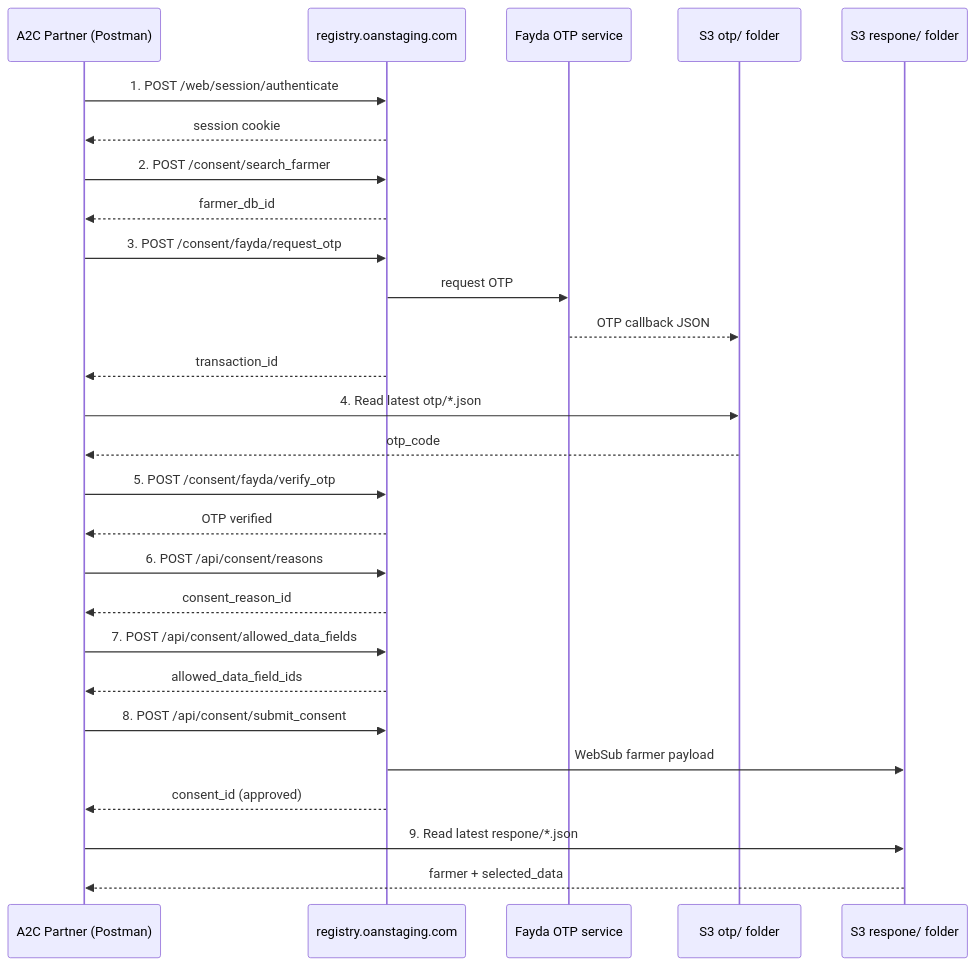
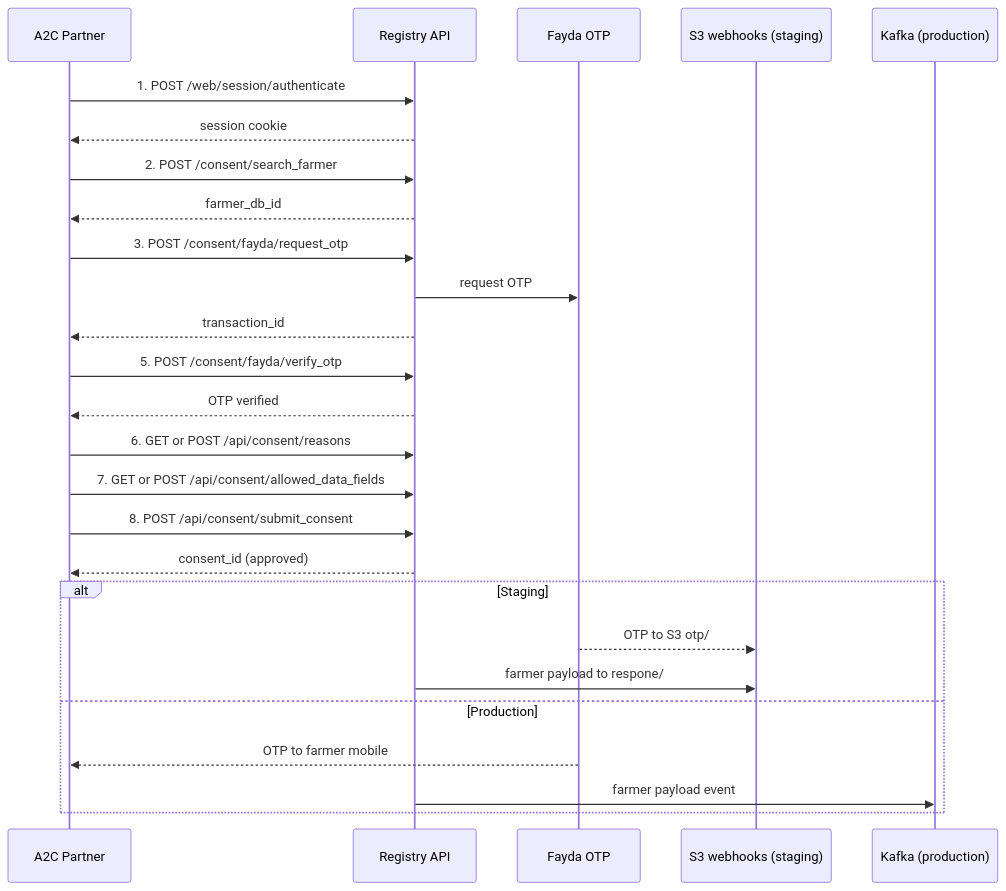
One commit to Centre-for-Open-Societal-Systems/oan_ethiopia_bank_api_docs changed the diagram in consent_management_postman_registry_a2c.md. Above: the diagram before and after it, drawn with Mermaid. The commit also changed other lines of this file and 4 other files, not shown here.

Commit message:
Updated documentation and collection for staging and production ATI.

````diff
--- a/consent_management_postman_registry_a2c.md
+++ b/consent_management_postman_registry_a2c.md
@@ -32,38 +75,34 @@
 ```mermaid
 sequenceDiagram
-    participant Partner as A2C Partner (Postman)
-    participant Registry as registry.oanstaging.com
-    participant Fayda as Fayda OTP service
-    participant OTPBucket as S3 otp/ folder
-    participant RespBucket as S3 respone/ folder
+    participant Partner as A2C Partner
+    participant Registry as Registry API
+    participant Fayda as Fayda OTP
+    participant Staging as S3 webhooks (staging)
+    participant Kafka as Kafka (production)
 
     Partner->>Registry: 1. POST /web/session/authenticate
     Registry-->>Partner: session cookie
 
     Partner->>Registry: 2. POST /consent/search_farmer
     Registry-->>Partner: farmer_db_id
 
     Partner->>Registry: 3. POST /consent/fayda/request_otp
     Registry->>Fayda: request OTP
-    Fayda-->>OTPBucket: OTP callback JSON
     Registry-->>Partner: transaction_id
-
-    Partner->>OTPBucket: 4. Read latest otp/*.json
-    OTPBucket-->>Partner: otp_code
 
     Partner->>Registry: 5. POST /consent/fayda/verify_otp
     Registry-->>Partner: OTP verified
 
-    Partner->>Registry: 6. POST /api/consent/reasons
-    Registry-->>Partner: consent_reason_id
-
-    Partner->>Registry: 7. POST /api/consent/allowed_data_fields
-    Registry-->>Partner: allowed_data_field_ids
-
+    Partner->>Registry: 6. GET or POST /api/consent/reasons
+    Partner->>Registry: 7. GET or POST /api/consent/allowed_data_fields
     Partner->>Registry: 8. POST /api/consent/submit_consent
-    Registry->>RespBucket: WebSub farmer payload
     Registry-->>Partner: consent_id (approved)
 
-    Partner->>RespBucket: 9. Read latest respone/*.json
-    RespBucket-->>Partner: farmer + selected_data
+    alt Staging
+        Fayda-->>Staging: OTP to S3 otp/
+        Registry->>Staging: farmer payload to respone/
+    else Production
+        Fayda-->>Partner: OTP to farmer mobile
+        Registry->>Kafka: farmer payload event
+    end
 ```
````
